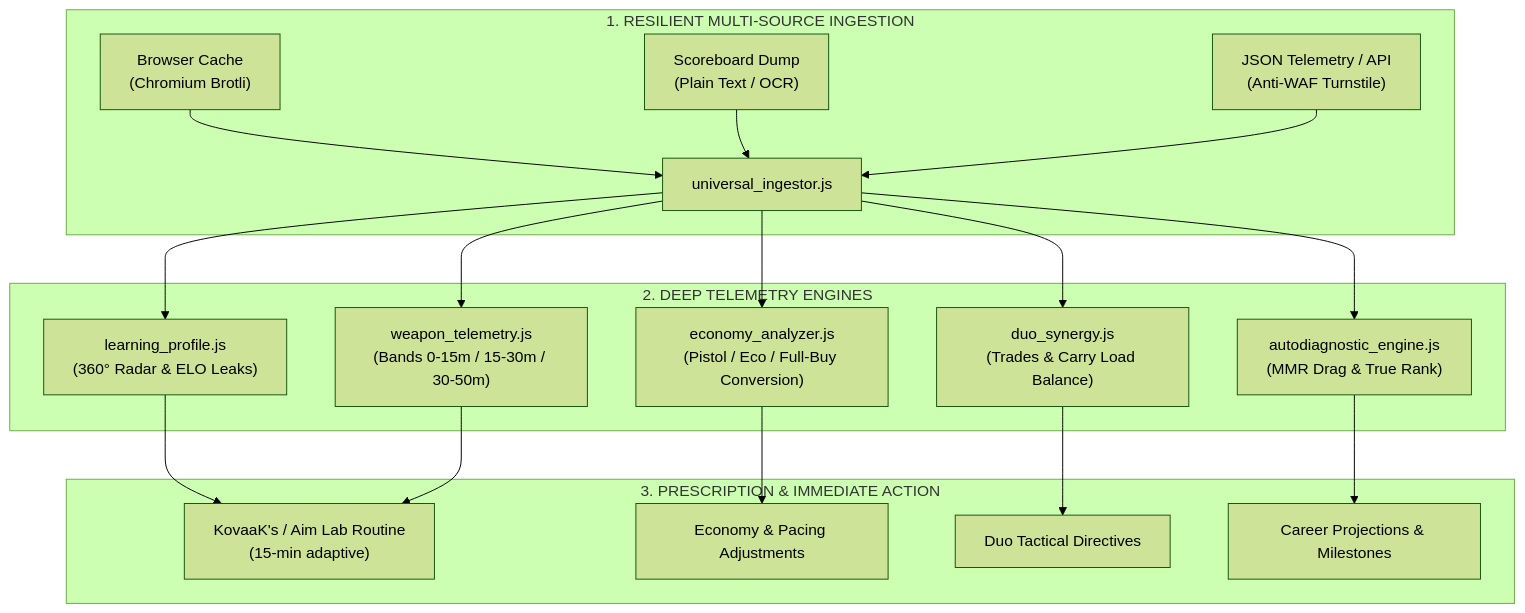
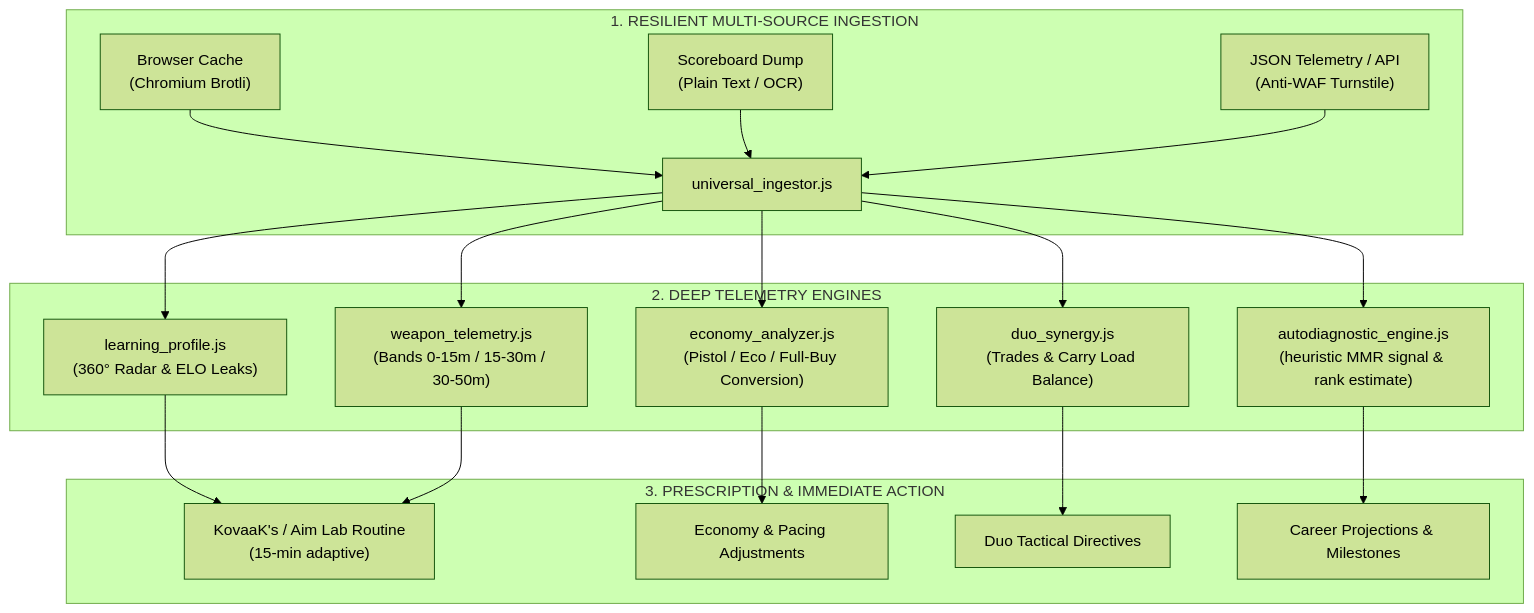
The diagram in README.en.md (Acourd/valorant-analytics), drawn with Mermaid (forest theme) before and after one commit. The commit also changed other lines of this file and 9 other files, not shown here.

````diff
--- a/README.en.md
+++ b/README.en.md
@@ -44,33 +44,33 @@
 ```mermaid
 flowchart TD
     subgraph INGESTION["1. RESILIENT MULTI-SOURCE INGESTION"]
         A1["Browser Cache
 (Chromium Brotli)"] --> B["universal_ingestor.js"]
         A2["Scoreboard Dump
 (Plain Text / OCR)"] --> B
         A3["JSON Telemetry / API
 (Anti-WAF Turnstile)"] --> B
     end
 
     subgraph ENGINE["2. DEEP TELEMETRY ENGINES"]
         B --> C1["learning_profile.js
 (360° Radar & ELO Leaks)"]
         B --> C2["weapon_telemetry.js
 (Bands 0-15m / 15-30m / 30-50m)"]
         B --> C3["economy_analyzer.js
 (Pistol / Eco / Full-Buy Conversion)"]
         B --> C4["duo_synergy.js
 (Trades & Carry Load Balance)"]
         B --> C5["autodiagnostic_engine.js
-(MMR Drag & True Rank)"]
+(heuristic MMR signal & rank estimate)"]
     end
 
     subgraph OUTPUT["3. PRESCRIPTION & IMMEDIATE ACTION"]
         C1 --> D1["KovaaK's / Aim Lab Routine
 (15-min adaptive)"]
         C2 --> D1
         C3 --> D2["Economy & Pacing Adjustments"]
         C4 --> D3["Duo Tactical Directives"]
         C5 --> D4["Career Projections & Milestones"]
     end
 ```
````
